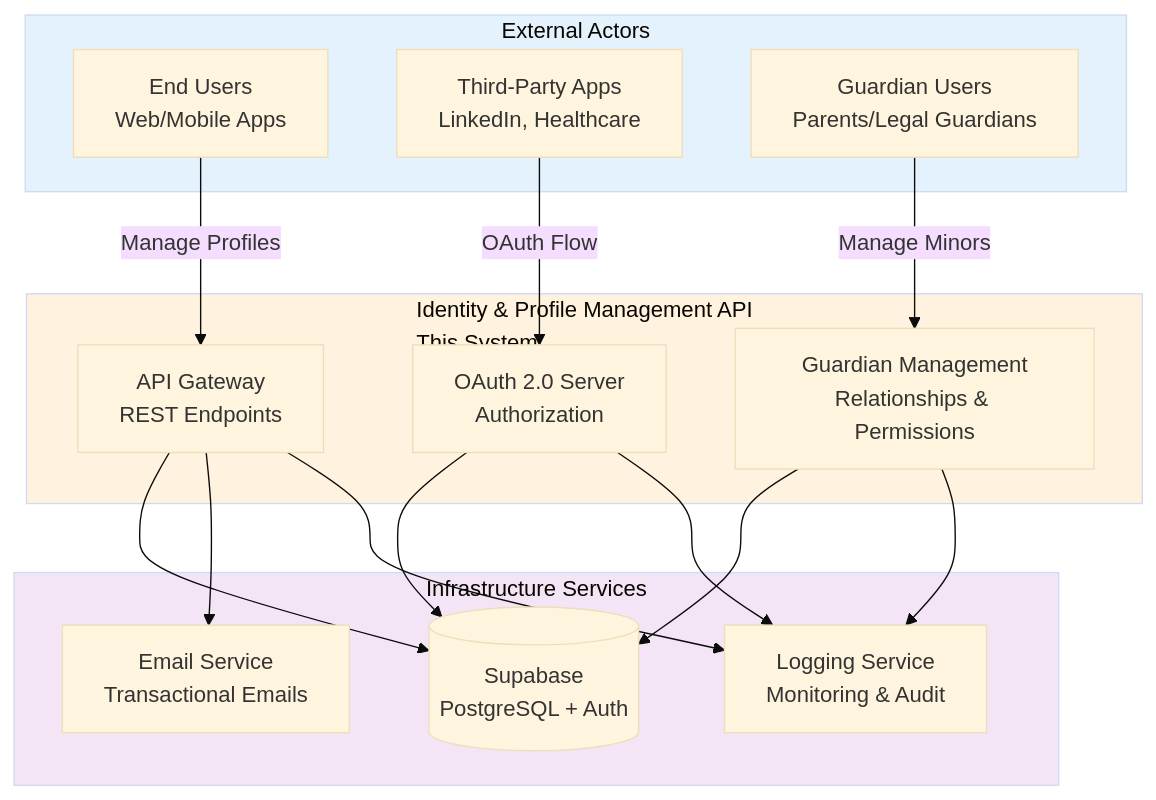
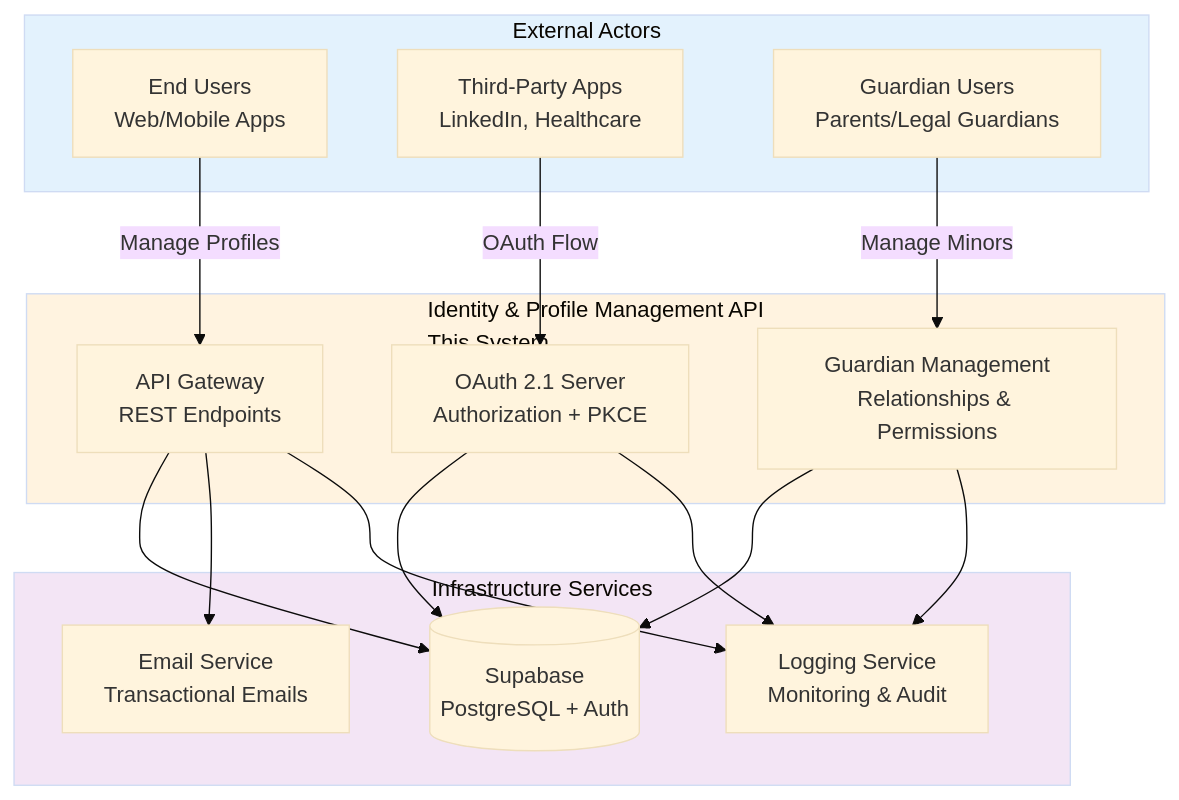
Before and after one commit to mastrolinux/final-project: the diagram in architecture/system-context.qmd, drawn with Mermaid (base theme). The commit also changed other lines of this file and 10 other files, not shown here.

````diff
--- a/architecture/system-context.qmd
+++ b/architecture/system-context.qmd
@@ -5,39 +5,39 @@
 ```{mermaid}
 
 
 graph TB
     subgraph External["External Actors"]
         EndUsers[End Users<br/>Web/Mobile Apps]
         ThirdParty[Third-Party Apps<br/>LinkedIn, Healthcare]
         Guardians[Guardian Users<br/>Parents/Legal Guardians]
     end
     
     subgraph System["Identity & Profile Management API<br/>This System"]
         APIGateway[API Gateway<br/>REST Endpoints]
-        OAuth[OAuth 2.0 Server<br/>Authorization]
+        OAuth[OAuth 2.1 Server<br/>Authorization + PKCE]
         Guardian[Guardian Management<br/>Relationships & Permissions]
     end
     
     subgraph Infrastructure["Infrastructure Services"]
         Supabase[(Supabase<br/>PostgreSQL + Auth)]
         Email[Email Service<br/>Transactional Emails]
         Logging[Logging Service<br/>Monitoring & Audit]
     end
     
     EndUsers -->|Manage Profiles| APIGateway
     ThirdParty -->|OAuth Flow| OAuth
     Guardians -->|Manage Minors| Guardian
     
     APIGateway --> Supabase
     OAuth --> Supabase
     Guardian --> Supabase
     
     APIGateway --> Email
     APIGateway --> Logging
     OAuth --> Logging
     Guardian --> Logging
     
     style External fill:#e3f2fd
     style System fill:#fff3e0
     style Infrastructure fill:#f3e5f5
 ```
````
